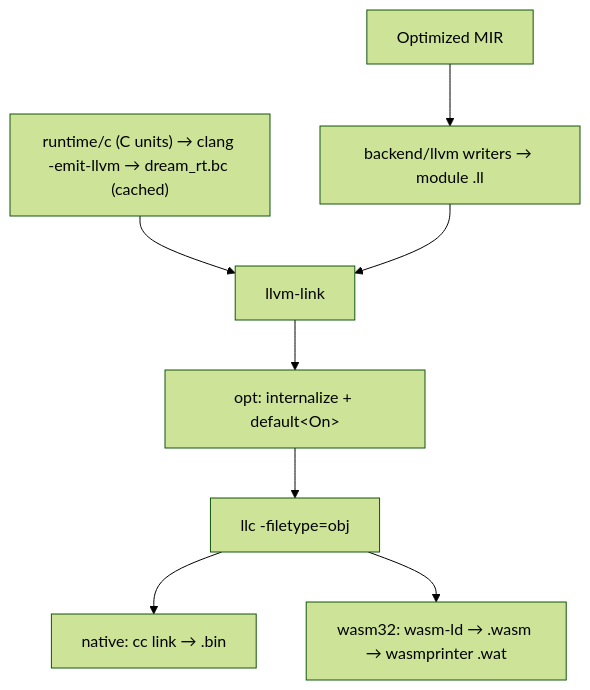
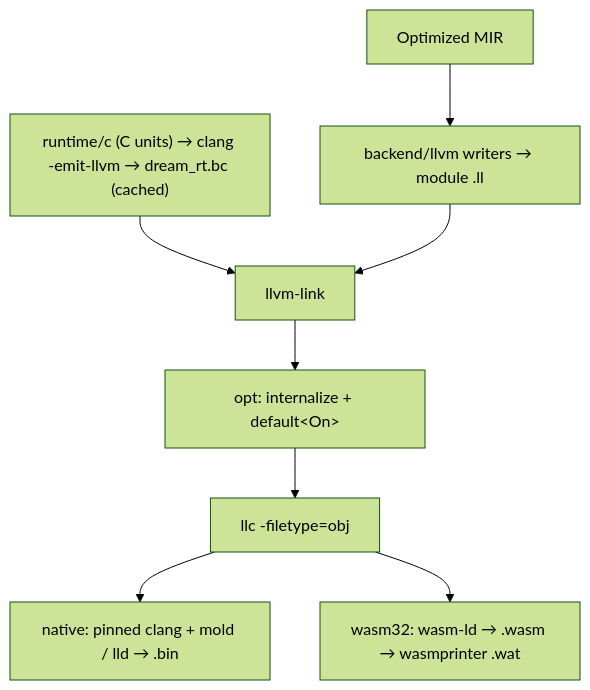
One commit to sps014/dream changed the diagram in docs/internals/06-llvm-backend.md. Above: the diagram before and after it, drawn with Mermaid (forest theme). The commit also changed other lines of this file and 63 other files, not shown here.

First line of the commit message:
Link with pinned clang and mold, and reuse unchanged generator output.

````diff
--- a/docs/internals/06-llvm-backend.md
+++ b/docs/internals/06-llvm-backend.md
@@ -9,10 +9,10 @@
 ```mermaid
 flowchart TD
     mir[Optimized MIR] --> ll["backend/llvm writers → module .ll"]
     rt["runtime/c (C units) → clang -emit-llvm → dream_rt.bc (cached)"] --> link
     ll --> link["llvm-link"]
     link --> opt["opt: internalize + default&lt;On&gt;"]
     opt --> llc["llc -filetype=obj"]
-    llc --> cc["native: cc link → .bin"]
+    llc --> cc["native: pinned clang + mold / lld → .bin"]
     llc --> wld["wasm32: wasm-ld → .wasm → wasmprinter .wat"]
 ```
````
